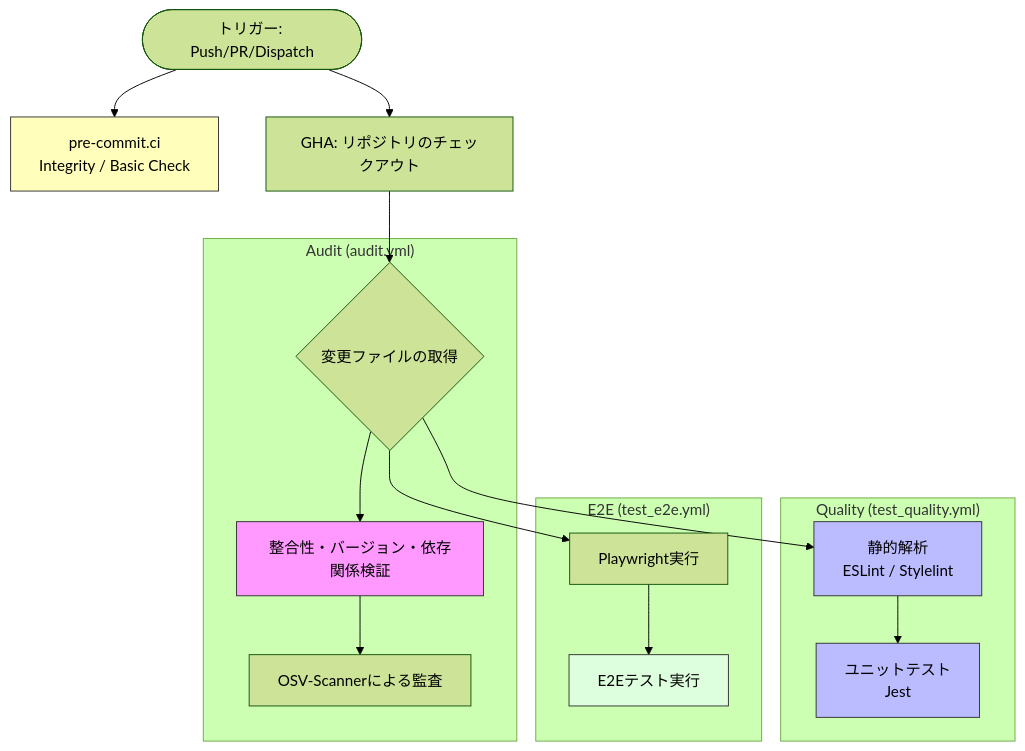
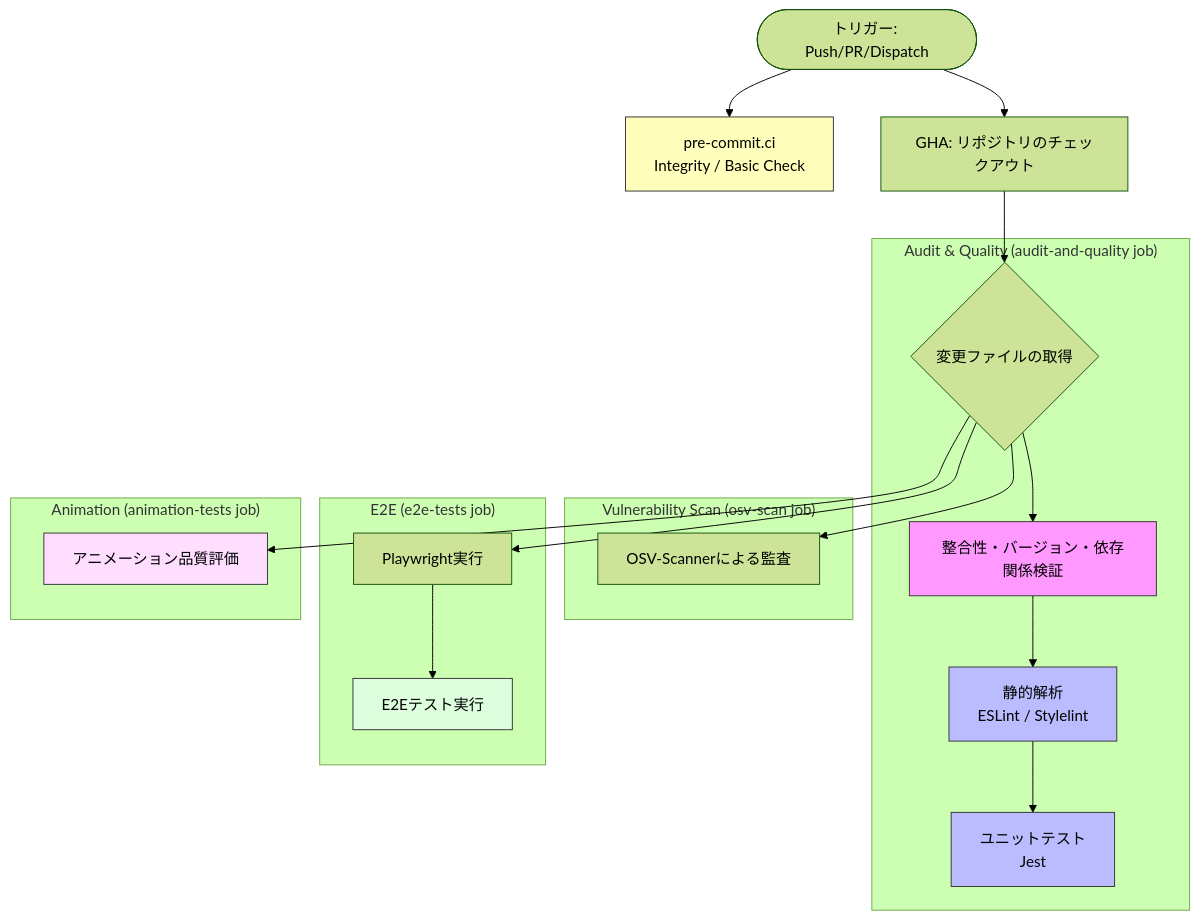
One commit to masanori-satake/QuickLog-Solo changed the first of 2 diagrams in docs/README_ACTIONS.md. Above: the diagram before and after it, drawn with Mermaid (forest theme). The commit also changed other lines of this file and 5 other files, not shown here.

````diff
--- a/docs/README_ACTIONS.md
+++ b/docs/README_ACTIONS.md
@@ -96,28 +92,33 @@
 ```mermaid
 graph TD
     Start([トリガー: Push/PR/Dispatch])
     Start --> PreCommit[pre-commit.ci<br/>Integrity / Basic Check]
     Start --> Checkout[GHA: リポジトリのチェックアウト]
     Checkout --> GetChanged{変更ファイルの取得}
 
-    subgraph "Audit (audit.yml)"
+    subgraph "Audit & Quality (audit-and-quality job)"
         GetChanged --> CleanCheck[整合性・バージョン・依存関係検証]
-        CleanCheck --> OSVScan[OSV-Scannerによる監査]
-    end
-
-    subgraph "Quality (test_quality.yml)"
-        GetChanged --> Lint[静的解析<br/>ESLint / Stylelint]
+        CleanCheck --> Lint[静的解析<br/>ESLint / Stylelint]
         Lint --> UnitTests[ユニットテスト<br/>Jest]
     end
 
-    subgraph "E2E (test_e2e.yml)"
+    subgraph "Vulnerability Scan (osv-scan job)"
+        GetChanged --> OSVScan[OSV-Scannerによる監査]
+    end
+
+    subgraph "E2E (e2e-tests job)"
         GetChanged --> Playwright[Playwright実行]
         Playwright --> RunE2E[E2Eテスト実行]
+    end
+
+    subgraph "Animation (animation-tests job)"
+        GetChanged --> AnimEval[アニメーション品質評価]
     end
 
     style CleanCheck fill:#f9f,stroke:#333
     style PreCommit fill:#ffb,stroke:#333
     style Lint fill:#bbf,stroke:#333
     style UnitTests fill:#bbf,stroke:#333
     style RunE2E fill:#dfd,stroke:#333
+    style AnimEval fill:#fdf,stroke:#333
 ```
````
